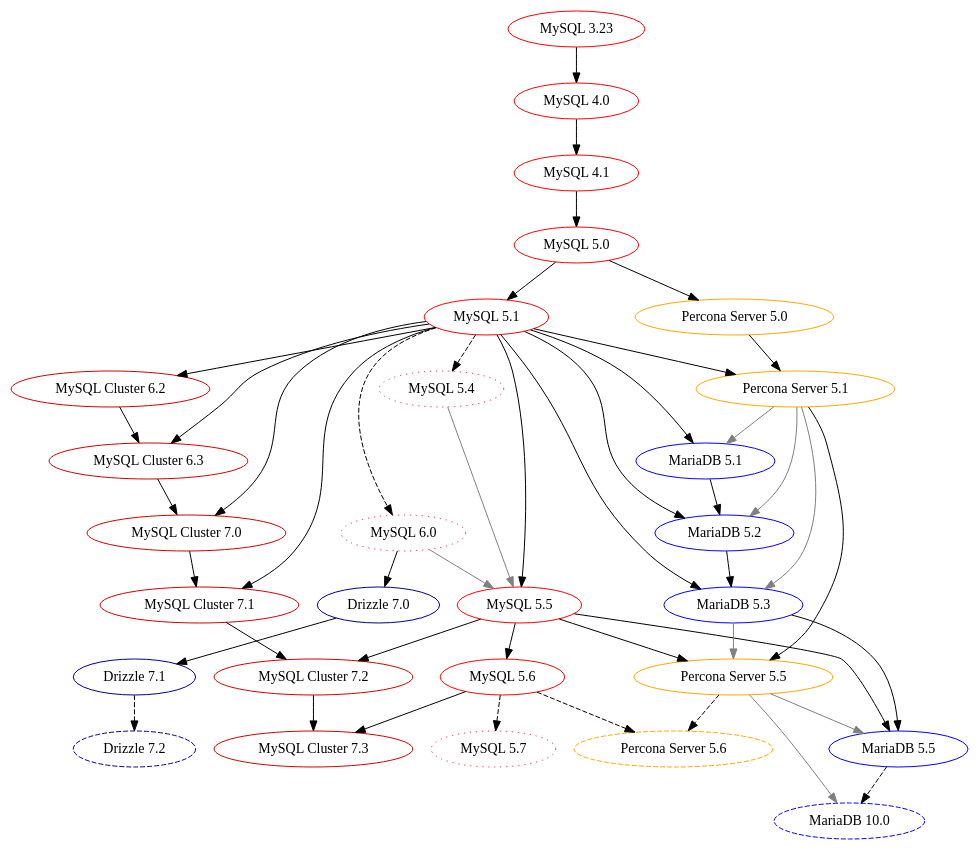
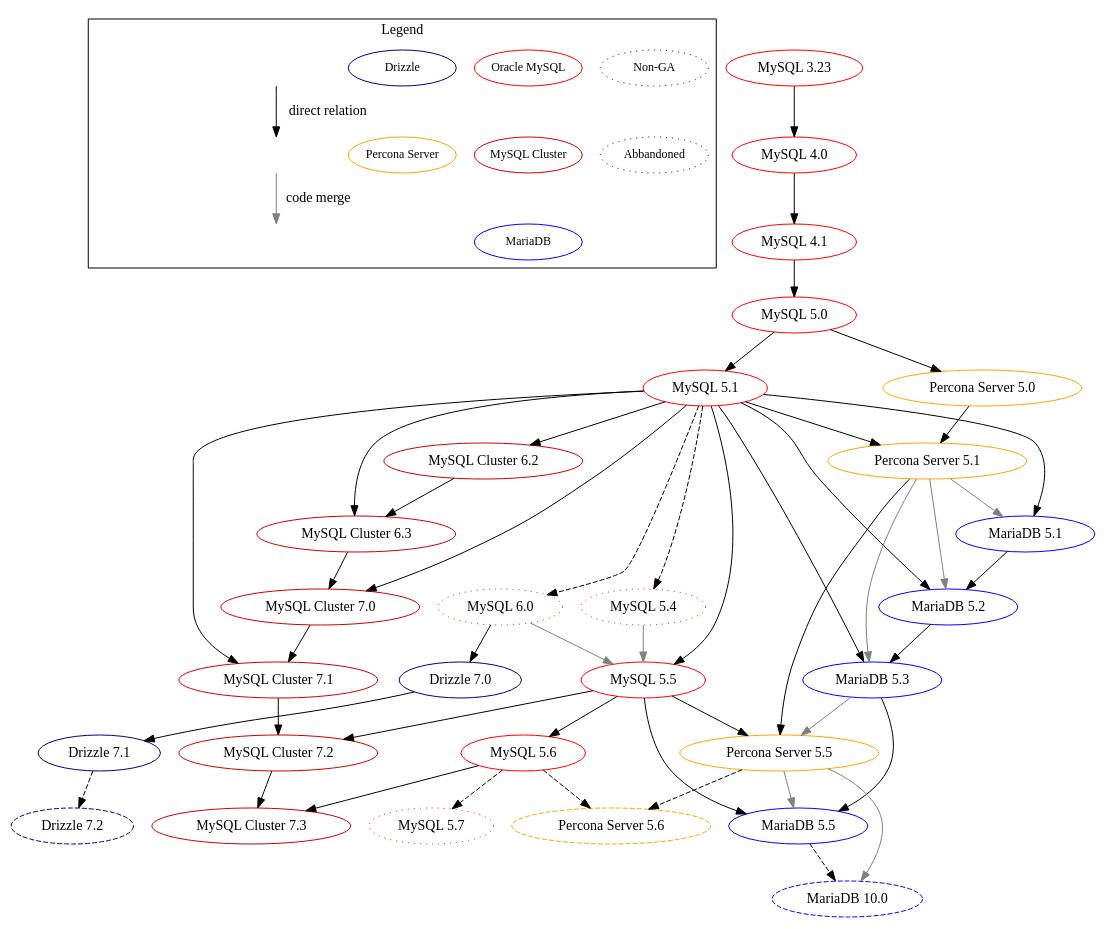
Before and after one commit to dveeden/mysql-history-graph: the diagram in mysql-history-graph.dot, drawn with Graphviz. The commit also changed 4 other files, not shown here.

```diff
--- a/mysql-history-graph.dot
+++ b/mysql-history-graph.dot
@@ -1,97 +1,120 @@
+
 digraph mysql_history_graph {
 	/* Standards:
 	   Non-GA: 		dotted
 	   Abandoned: 		dotted 
 	   Oracle MySQL: 	red
 	   MySQL Cluster: 	red3
 	   MariaDB: 		blue
 	   Drizzle: 		blue4
 	   Percona Server: 	orange
 	*/
+	subgraph cluster_0 {
+		label="Legend";
+		color=black;
+		node [width=1.5, fixedsize=true, fontsize=12];
+	  	"Non-GA" [style="dotted"];
+	  	"Abbandoned" [style="dotted"];
+	  	"Oracle MySQL" [color="red"];
+	  	"MySQL Cluster" [color="red3"];
+	  	"MariaDB" [color="blue"];
+	  	"Drizzle" [color="blue4"];
+	  	"Percona Server" [color="orange"];
+		"Non-GA" -> "Abbandoned" [style=invisible, arrowhead=none];
+		"Oracle MySQL" -> "MySQL Cluster" [style=invisible, arrowhead=none];
+		"MySQL Cluster" -> "MariaDB" [style=invisible, arrowhead=none];
+		"Drizzle" -> "Percona Server" [style=invisible, arrowhead=none];
+		"a" [style=invisible];
+		"b" [style=invisible];
+		"c" [style=invisible];
+		"d" [style=invisible];
+		"a" -> "b" [label="direct relation"];
+		"b" -> "c" [color="grey", label="code merge"];
+	}
 
 	/* MySQL/Sun/Oracle MySQL GA */
 	"MySQL 3.23" [color="red"];
 	"MySQL 4.0" [color="red"];
 	"MySQL 4.1" [color="red"];
 	"MySQL 5.0" [color="red"];
 	"MySQL 5.1" [color="red"];
 	"MySQL 5.5" [color="red"];
 	"MySQL 5.6" [color="red"];
 	"MySQL 3.23" -> "MySQL 4.0";
 	"MySQL 4.0" -> "MySQL 4.1";
 	"MySQL 4.1" -> "MySQL 5.0";
 	"MySQL 5.0" -> "MySQL 5.1";
 	"MySQL 5.1" -> "MySQL 5.5";
 	"MySQL 5.5" -> "MySQL 5.6";
 	"MySQL 5.4" -> "MySQL 5.5" [color="grey"]; // InnoDB Scalability
 	"MySQL 6.0" -> "MySQL 5.5" [color="grey"]; // Optimizer improvements
 
 	/* MySQL/Sun/Oracle non-GA */	
 	"MySQL 5.4" [color="red",style="dotted"];
 	"MySQL 5.7" [color="red",style="dotted"];
 	"MySQL 6.0" [color="red",style="dotted"];
 	"MySQL 5.1" -> "MySQL 5.4" [style="dashed"];
 	"MySQL 5.1" -> "MySQL 6.0" [style="dashed"];
 	"MySQL 5.6" -> "MySQL 5.7" [style="dashed"];
 
 	/* MySQL Cluster (NDB) */
 	"MySQL Cluster 6.2" [color="red3"]
 	"MySQL Cluster 6.3" [color="red3"]
 	"MySQL Cluster 7.0" [color="red3"]
 	"MySQL Cluster 7.1" [color="red3"]
 	"MySQL Cluster 7.2" [color="red3"]
 	"MySQL Cluster 7.3"  [color="red3"]
 	"MySQL 5.1" -> "MySQL Cluster 6.2";
 	"MySQL 5.1" -> "MySQL Cluster 6.3";
 	"MySQL Cluster 6.2" -> "MySQL Cluster 6.3";
 	"MySQL 5.1" -> "MySQL Cluster 7.0";
 	"MySQL Cluster 6.3" -> "MySQL Cluster 7.0";
 	"MySQL 5.1" -> "MySQL Cluster 7.1";
 	"MySQL Cluster 7.0" -> "MySQL Cluster 7.1";
 	"MySQL 5.5" -> "MySQL Cluster 7.2";
 	"MySQL Cluster 7.1" -> "MySQL Cluster 7.2";
 	"MySQL 5.6" -> "MySQL Cluster 7.3";
 	"MySQL Cluster 7.2" -> "MySQL Cluster 7.3";
 
 	/* MariaDB */
 	"MariaDB 5.1" [color="blue"];
 	"MariaDB 5.2" [color="blue"];
 	"MariaDB 5.3" [color="blue"];
 	"MariaDB 5.5" [color="blue"];
 	"MariaDB 10.0" [color="blue", style="dashed"];
 	"MySQL 5.1" -> "MariaDB 5.1";
 	"Percona Server 5.1" -> "MariaDB 5.1" [color="grey"]; // XtraDB
 	"MySQL 5.1" -> "MariaDB 5.2";
 	"MariaDB 5.1" -> "MariaDB 5.2";
 	"Percona Server 5.1" -> "MariaDB 5.2" [color="grey"]; // XtraDB
 	"MySQL 5.1" -> "MariaDB 5.3";
 	"MariaDB 5.2" -> "MariaDB 5.3";
 	"Percona Server 5.1" -> "MariaDB 5.3" [color="grey"]; // XtraDB
 	"MySQL 5.5" -> "MariaDB 5.5";
 	"MariaDB 5.3" -> "MariaDB 5.5";
 	"Percona Server 5.5" -> "MariaDB 5.5" [color="grey"]; // XtraDB
 	"MariaDB 5.5" -> "MariaDB 10.0" [style="dashed"];
 	"Percona Server 5.5" -> "MariaDB 10.0" [color="grey"]; // XtraDB
 
 	/* Percona Server */
 	"Percona Server 5.0" [color="orange"];
 	"Percona Server 5.1" [color="orange"];
 	"Percona Server 5.5" [color="orange"];
 	"Percona Server 5.6" [color="orange", style="dashed"];
 	"MySQL 5.0" -> "Percona Server 5.0";
 	"MySQL 5.1" -> "Percona Server 5.1";
 	"Percona Server 5.0" -> "Percona Server 5.1";
 	"MySQL 5.5" -> "Percona Server 5.5";
 	"Percona Server 5.1" -> "Percona Server 5.5";
 	"MariaDB 5.3" -> "Percona Server 5.5" [color="grey"]; // group commit
 	"MySQL 5.6" -> "Percona Server 5.6" [style="dashed"];
 	"Percona Server 5.5" -> "Percona Server 5.6" [style="dashed"];
 
 	/* Drizzle */
 	"Drizzle 7.0" [color="blue4"];
 	"Drizzle 7.1" [color="blue4"];
 	"Drizzle 7.2" [color="blue4", style="dashed"];
 	"MySQL 6.0" -> "Drizzle 7.0";
 	"Drizzle 7.0" -> "Drizzle 7.1";
 	"Drizzle 7.1" -> "Drizzle 7.2" [style="dashed"];
 }
```
